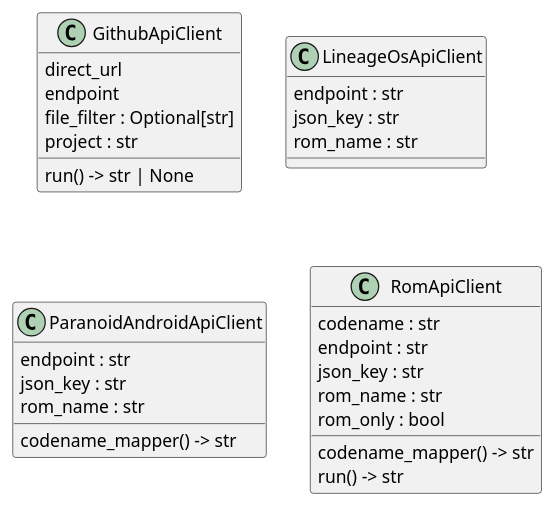
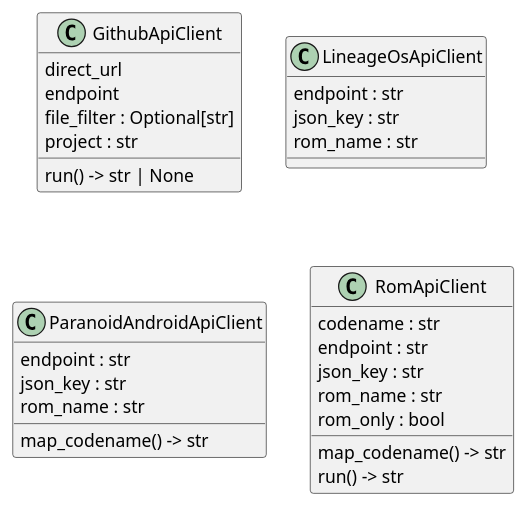
One commit to seppzer0/zero_kernel changed the diagram in docs/architecture/clients/classes.puml. Above: the diagram before and after it, drawn with PlantUML. The commit also changed 2 other files, not shown here.

Commit message:
docs: update architecture docs

```diff
--- a/docs/architecture/clients/classes.puml
+++ b/docs/architecture/clients/classes.puml
@@ -1,30 +1,30 @@
 @startuml classes
 set namespaceSeparator none
 class "GithubApiClient" as clients.github.GithubApiClient {
   direct_url
   endpoint
   file_filter : Optional[str]
   project : str
   run() -> str | None
 }
 class "LineageOsApiClient" as clients.los.LineageOsApiClient {
   endpoint : str
   json_key : str
   rom_name : str
 }
 class "ParanoidAndroidApiClient" as clients.pa.ParanoidAndroidApiClient {
   endpoint : str
   json_key : str
   rom_name : str
-  codename_mapper() -> str
+  map_codename() -> str
 }
 class "RomApiClient" as clients.rom_api.RomApiClient {
   codename : str
   endpoint : str
   json_key : str
   rom_name : str
   rom_only : bool
-  codename_mapper() -> str
+  map_codename() -> str
   run() -> str
 }
 @enduml
```
